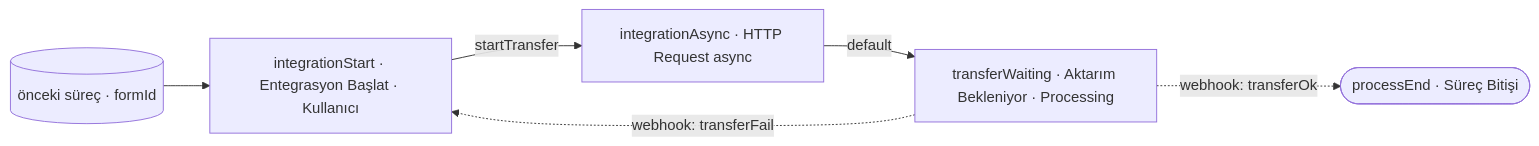
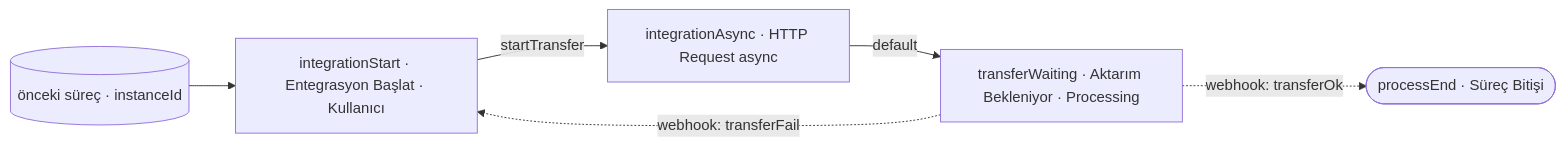
The diagram in bpmEngine/sampleProcess/integration/process.md (hiveteamsai/flovo-bpm-doc), drawn with Mermaid before and after one commit. The commit also changed other lines of this file and 60 other files, not shown here.

Commit message:
v0.7 — Runtime/iş-kuralı model adları (ProcessInstance·Instance·BusinessRule), Service.formType, models/enums/ + enum kod normalizasyonu & tutarlılık denetimi

````diff
--- a/bpmEngine/sampleProcess/integration/process.md
+++ b/bpmEngine/sampleProcess/integration/process.md
@@ -13,8 +13,8 @@
 ```mermaid
 flowchart LR
-  prev[(önceki süreç · formId)] --> start[integrationStart · Entegrasyon Başlat · Kullanıcı]
+  prev[(önceki süreç · instanceId)] --> start[integrationStart · Entegrasyon Başlat · Kullanıcı]
   start -->|startTransfer| async[integrationAsync · HTTP Request async]
   async -->|default| wait[transferWaiting · Aktarım Bekleniyor · Processing]
   wait -. "webhook: transferOk" .-> endN([processEnd · Süreç Bitişi])
   wait -. "webhook: transferFail" .-> start
 ```
````
